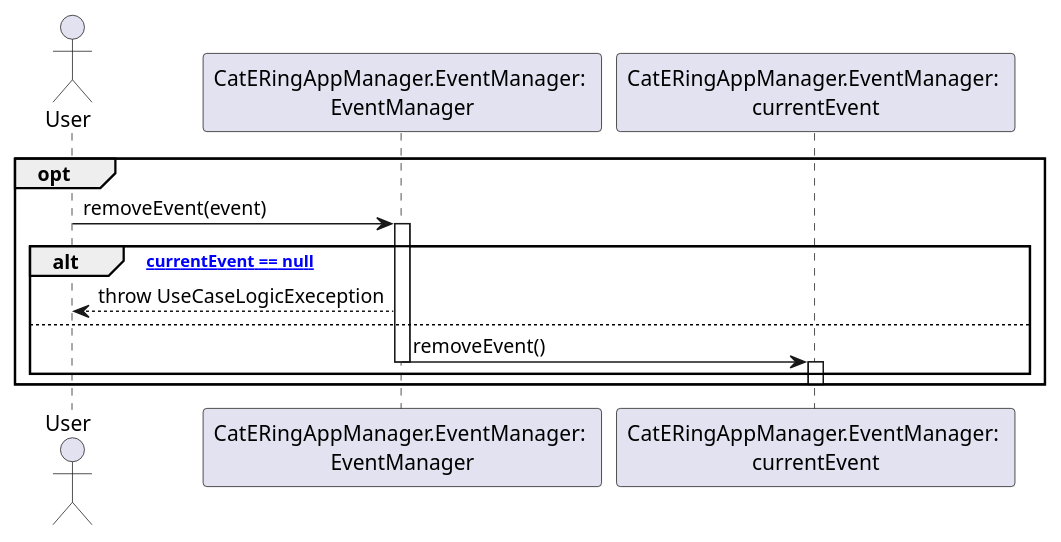
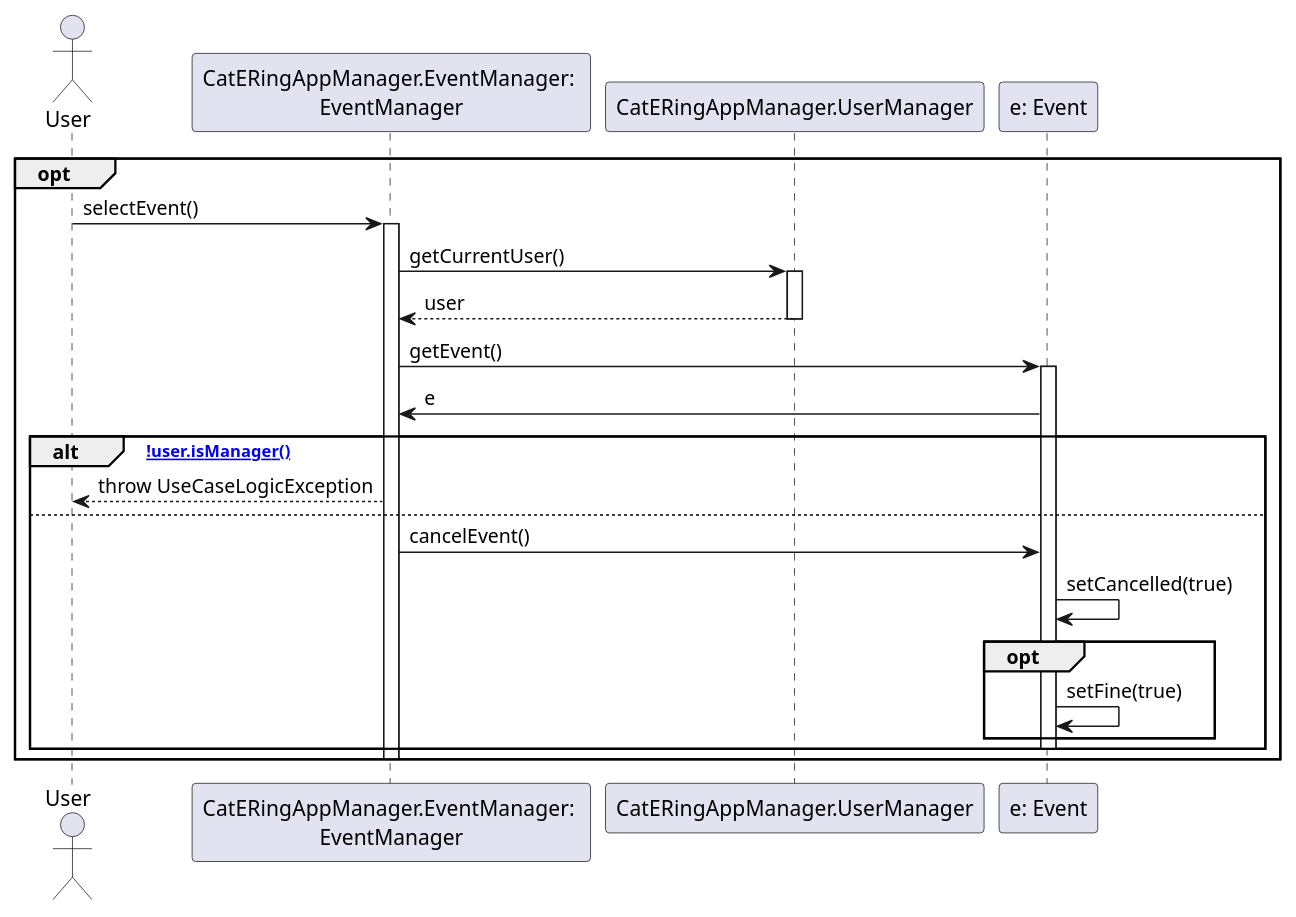
The diagram in dsd/dsd-eventi/estensioniEcc/25a-removeEvent.md (m0canu1/sas), drawn with PlantUML before and after one commit. The commit also changed other lines of this file and 6 other files, not shown here.

````diff
--- a/dsd/dsd-eventi/estensioniEcc/25a-removeEvent.md
+++ b/dsd/dsd-eventi/estensioniEcc/25a-removeEvent.md
@@ -1,21 +1,32 @@
 ```plantuml
-Actor User
-Participant "CatERingAppManager.EventManager: \nEventManager" as EM
-Participant "CatERingAppManager.EventManager: \ncurrentEvent" as CE
-
+Actor  User
+Participant "CatERingAppManager.EventManager: \nEventManager"  as EM
+Participant "CatERingAppManager.UserManager" as UM
 
 opt
-    User -> EM: removeEvent(event)
+    User -> EM: selectEvent()
     Activate EM
-    
-    alt ["currentEvent == null"]
-        EM --> User: throw UseCaseLogicExeception
+
+    EM -> UM: getCurrentUser()
+    Activate UM
+        
+    UM --> EM: user
+    Deactivate UM
+
+    EM -> "e: Event": getEvent()
+    Activate "e: Event"
+    "e: Event" -> EM: e
+
+    alt [!user.isManager()]
+        EM --> User: throw UseCaseLogicException
     else
-        EM -> CE: removeEvent()
-        Deactivate EM
-        Activate CE
+        EM -> "e: Event": cancelEvent()
+        "e: Event" -> "e: Event": setCancelled(true)
+        opt 
+            "e: Event" -> "e: Event": setFine(true)
+        end
+        Deactivate "e: Event"
     end
-     Deactivate CE
+    Deactivate EM
 end
-
 ```
````
